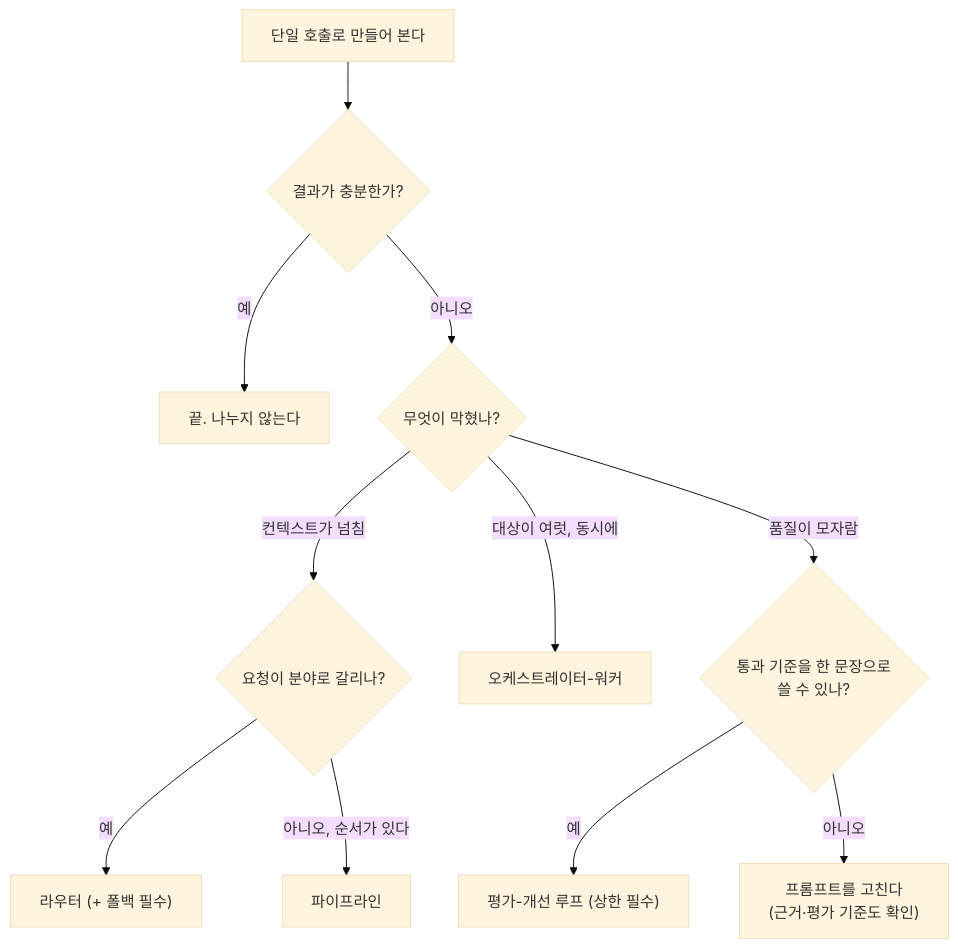
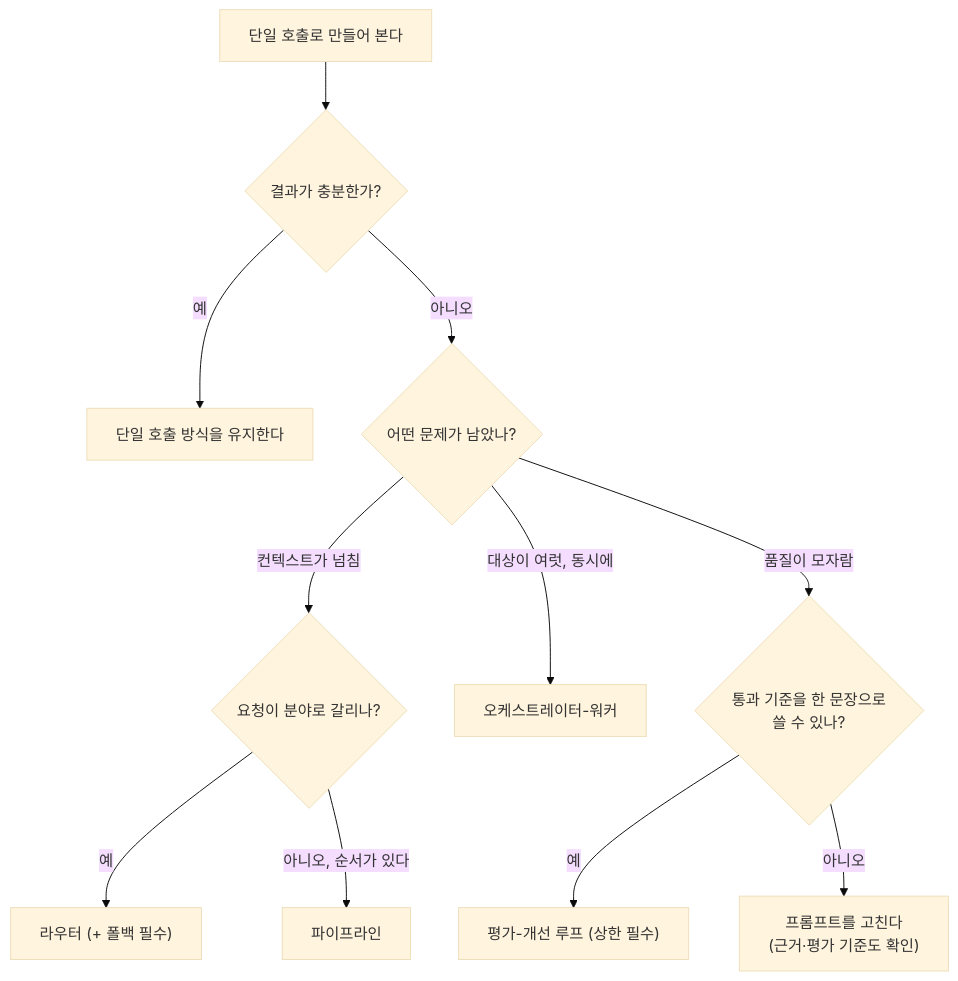
Before and after one commit to kyungseo/learnstead: the diagram in guides/agent-orchestration/05-when-not-to.md, drawn with Mermaid (base theme). The commit also changed other lines of this file and 40 other files, not shown here.

````diff
--- a/guides/agent-orchestration/05-when-not-to.md
+++ b/guides/agent-orchestration/05-when-not-to.md
@@ -23,13 +23,13 @@
 ```mermaid
 flowchart TD
     A["단일 호출로 만들어 본다"] --> B{"결과가 충분한가?"}
-    B -->|"예"| Z["끝. 나누지 않는다"]
-    B -->|"아니오"| C{"무엇이 막혔나?"}
+    B -->|"예"| Z["단일 호출 방식을 유지한다"]
+    B -->|"아니오"| C{"어떤 문제가 남았나?"}
     C -->|"컨텍스트가 넘침"| D{"요청이 분야로 갈리나?"}
     D -->|"예"| R["라우터 (+ 폴백 필수)"]
     D -->|"아니오, 순서가 있다"| P["파이프라인"]
     C -->|"대상이 여럿, 동시에"| W["오케스트레이터-워커"]
     C -->|"품질이 모자람"| E{"통과 기준을 한 문장으로<br/>쓸 수 있나?"}
     E -->|"예"| L["평가-개선 루프 (상한 필수)"]
     E -->|"아니오"| F["프롬프트를 고친다<br/>(근거·평가 기준도 확인)"]
 ```
````
